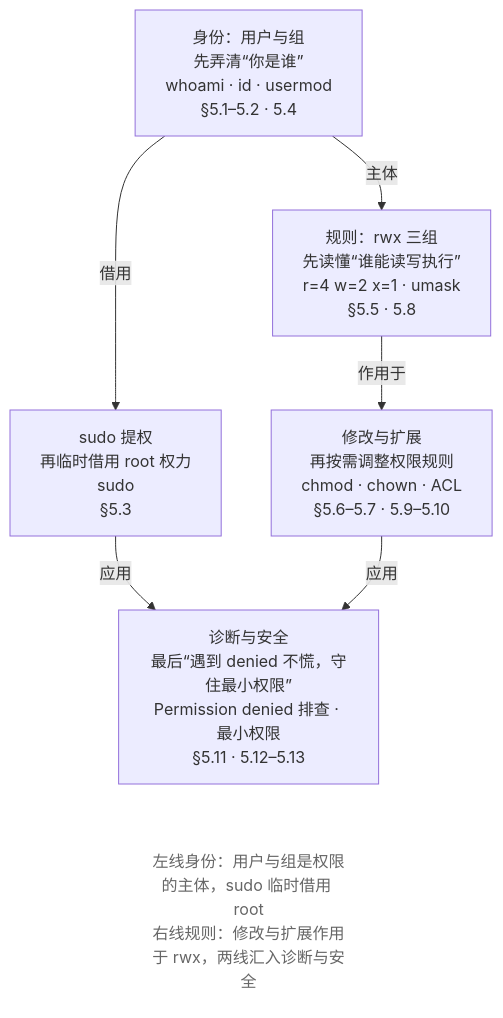
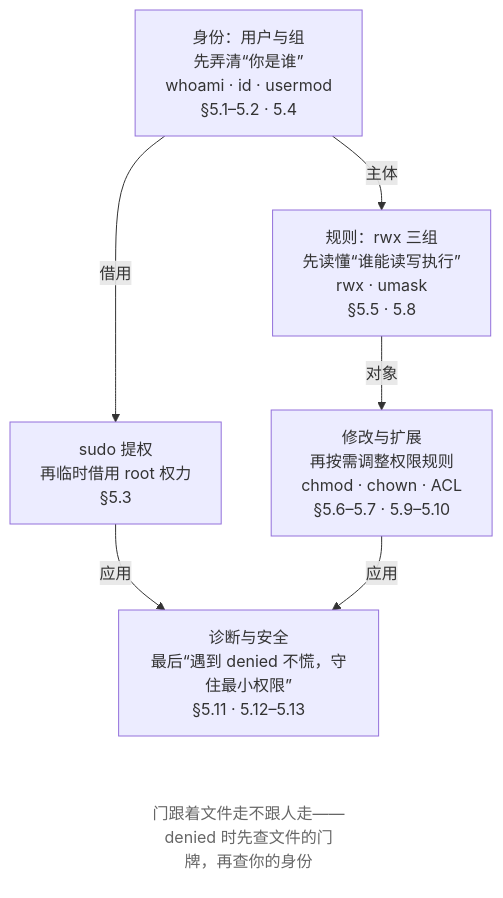
Before and after one commit to wangxiangnan/wangxiangnan.github.io: the diagram in src/linux-command/ch05.md, drawn with Mermaid. The commit also changed 25 other files, not shown here.

````diff
--- a/src/linux-command/ch05.md
+++ b/src/linux-command/ch05.md
@@ -14,19 +14,19 @@
 ```mermaid
 flowchart TB
     A["身份：用户与组<br>先弄清“你是谁”<br>whoami · id · usermod<br>§5.1–5.2 · 5.4"]
-    B["规则：rwx 三组<br>先读懂“谁能读写执行”<br>r=4 w=2 x=1 · umask<br>§5.5 · 5.8"]
-    C["sudo 提权<br>再临时借用 root 权力<br>sudo<br>§5.3"]
+    B["规则：rwx 三组<br>先读懂“谁能读写执行”<br>rwx · umask<br>§5.5 · 5.8"]
+    C["sudo 提权<br>再临时借用 root 权力<br>§5.3"]
     D["修改与扩展<br>再按需调整权限规则<br>chmod · chown · ACL<br>§5.6–5.7 · 5.9–5.10"]
-    E["诊断与安全<br>最后“遇到 denied 不慌，守住最小权限”<br>Permission denied 排查 · 最小权限<br>§5.11 · 5.12–5.13"]
-    NOTE["左线身份：用户与组是权限的主体，sudo 临时借用 root<br>右线规则：修改与扩展作用于 rwx，两线汇入诊断与安全"]
+    E["诊断与安全<br>最后“遇到 denied 不慌，守住最小权限”<br>§5.11 · 5.12–5.13"]
+    NOTE["门跟着文件走不跟人走——denied 时先查文件的门牌，再查你的身份"]
 
     A -->|主体| B
     A -->|借用| C
-    B -->|作用于| D
+    B -->|对象| D
     C -->|应用| E
     D -->|应用| E
     E ~~~ NOTE
 
     classDef note fill:none,stroke:none,color:#666
     class NOTE note
 ```
````
